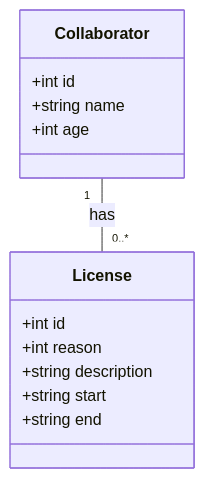
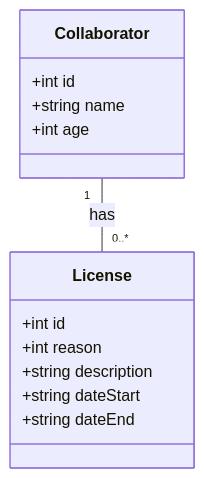
One commit to borniequepacheco/santander-dev-week-2024 changed the diagram in README.md. Above: the diagram before and after it, drawn with Mermaid.

````diff
--- a/README.md
+++ b/README.md
@@ -5,19 +5,19 @@
 ```mermaid
 classDiagram
     class Collaborator {
         +int id
         +string name
         +int age
     }
 
     class License {
         +int id
         +int reason
         +string description
-        +string start
-        +string end
+        +string dateStart
+        +string dateEnd
     }
 
     Collaborator "1" -- "0..*" License : has
 
 ```
````
